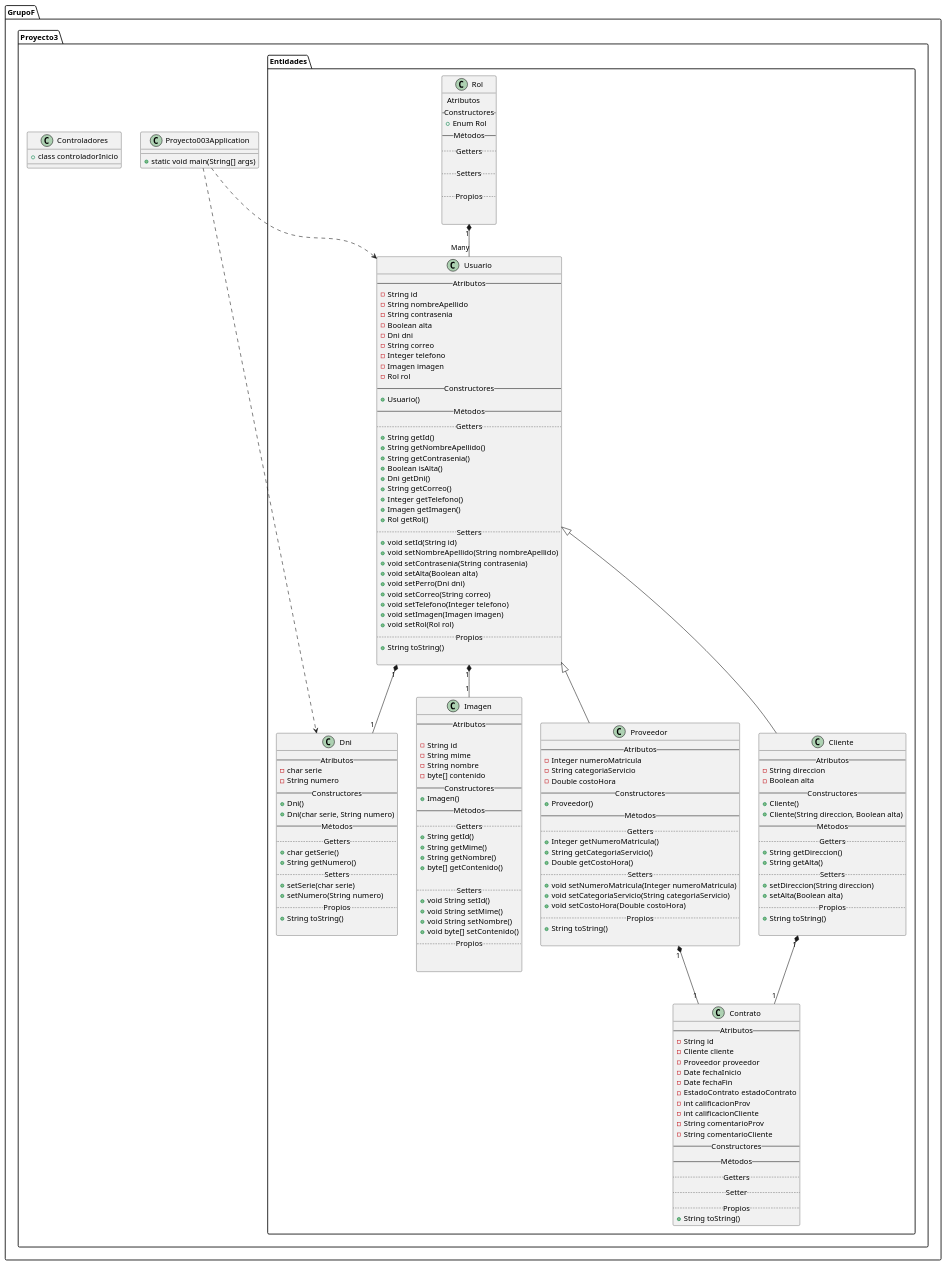
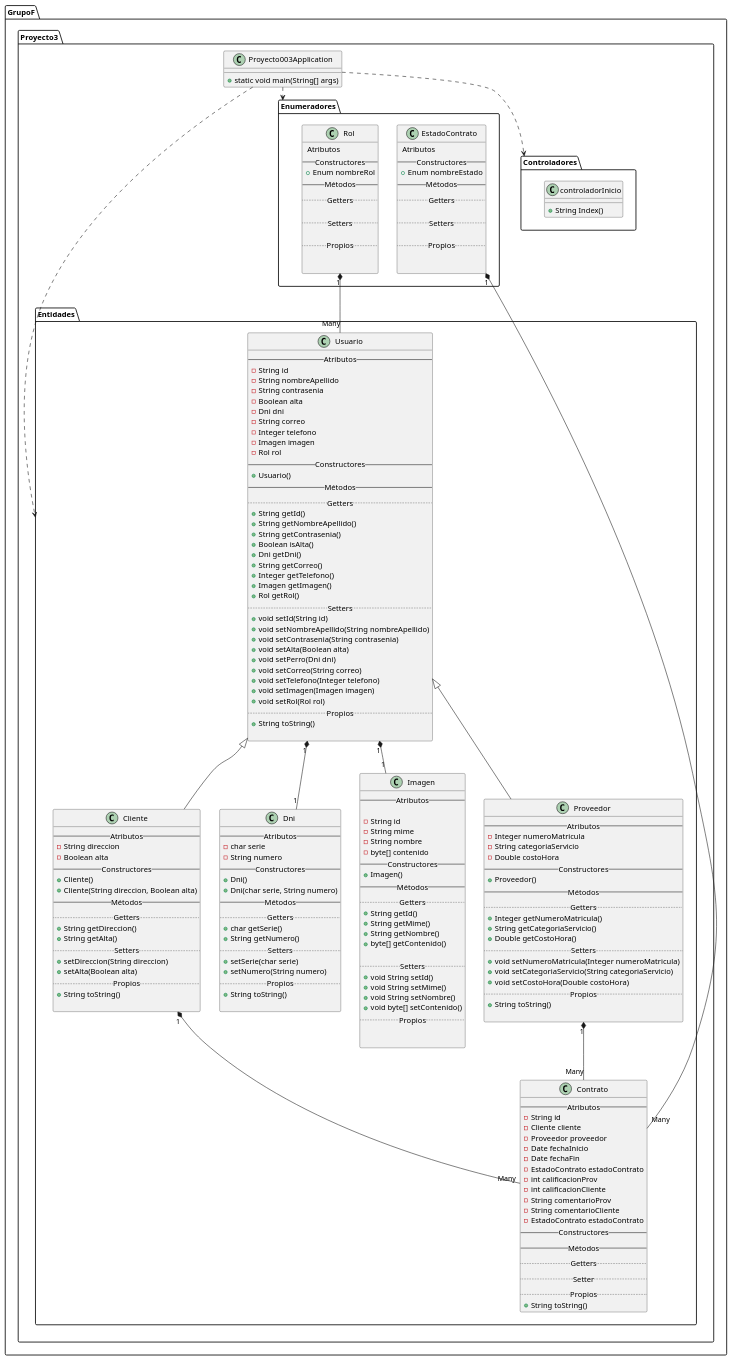
The diagram in uml.puml (FullStackEggDRoa/proyecto_003-GF), drawn with PlantUML before and after one commit.

Commit message:
Diagrama UML - OK_DR

```diff
--- a/uml.puml
+++ b/uml.puml
@@ -1,174 +1,192 @@
 @startuml
  
 class GrupoF.Proyecto3.Entidades.Cliente extends GrupoF.Proyecto3.Entidades.Usuario{
     -- Atributos --
     -String direccion
     -Boolean alta   
     -- Constructores --
     + Cliente()
     + Cliente(String direccion, Boolean alta)
     -- Métodos --
     .. Getters ..
     + String getDireccion()
     + String getAlta()
     .. Setters ..
     + setDireccion(String direccion)
     + setAlta(Boolean alta)
     .. Propios ..
     +String toString()
     
 }
 
 
 class GrupoF.Proyecto3.Entidades.Dni{
     -- Atributos --
     -char serie
     - String numero
     -- Constructores --
     + Dni()
     + Dni(char serie, String numero)
     -- Métodos --
     .. Getters ..
     + char getSerie()
     + String getNumero()
     .. Setters ..
     + setSerie(char serie)
     + setNumero(String numero)
     .. Propios ..
     +String toString()
     
 }
 
 class GrupoF.Proyecto3.Entidades.Imagen{
     -- Atributos --
     
     -String id
     -String mime
     -String nombre
     -byte[] contenido   
     -- Constructores --
     + Imagen()    
     -- Métodos --
     .. Getters ..
     + String getId()
     + String getMime()
     + String getNombre()
     + byte[] getContenido()
     
     .. Setters ..
     + void String setId()
     + void String setMime()
     + void String setNombre()
     + void byte[] setContenido()
     .. Propios ..
     
     
 }
-class GrupoF.Proyecto3.Entidades.Rol{
+class GrupoF.Proyecto3.Enumeradores.Rol{
     -- Atributos --     
     -- Constructores --
-    + Enum Rol    
+    + Enum nombreRol    
+    -- Métodos --
+    .. Getters ..
+    
+    .. Setters ..
+    
+    .. Propios ..
+    
+    
+}
+
+class GrupoF.Proyecto3.Enumeradores.EstadoContrato{
+    -- Atributos --     
+    -- Constructores --
+    + Enum nombreEstado    
     -- Métodos --
     .. Getters ..
     
     .. Setters ..
     
     .. Propios ..
     
     
 }
 
 class GrupoF.Proyecto3.Entidades.Contrato {
     -- Atributos --
     - String id
     - Cliente cliente
     - Proveedor proveedor
     - Date fechaInicio
     - Date fechaFin
     - EstadoContrato estadoContrato
     - int calificacionProv
     - int calificacionCliente
     - String comentarioProv
     - String comentarioCliente
+    - EstadoContrato estadoContrato
     -- Constructores --
     -- Métodos --
     .. Getters ..
     .. Setter ..
     .. Propios ..
     + String toString()
 }
 
 class GrupoF.Proyecto3.Entidades.Proveedor extends GrupoF.Proyecto3.Entidades.Usuario{
     -- Atributos --
     -Integer numeroMatricula
     -String categoriaServicio
     -Double costoHora
     -- Constructores --
     + Proveedor()    
     -- Métodos --
     .. Getters ..
     + Integer getNumeroMatricula()
     + String getCategoriaServicio()
     + Double getCostoHora()
     .. Setters ..
     + void setNumeroMatricula(Integer numeroMatricula)
     + void setCategoriaServicio(String categoriaServicio)
     + void setCostoHora(Double costoHora)
     .. Propios ..
     + String toString()
     
 }
 
 GrupoF.Proyecto3.Entidades.Usuario "1" *-- "1" GrupoF.Proyecto3.Entidades.Dni
-GrupoF.Proyecto3.Entidades.Rol "1" *-- "Many" GrupoF.Proyecto3.Entidades.Usuario
+GrupoF.Proyecto3.Enumeradores.Rol "1" *-- "Many" GrupoF.Proyecto3.Entidades.Usuario
+GrupoF.Proyecto3.Enumeradores.EstadoContrato "1" *-- "Many" GrupoF.Proyecto3.Entidades.Contrato
 GrupoF.Proyecto3.Entidades.Usuario "1" *-- "1" GrupoF.Proyecto3.Entidades.Imagen
-GrupoF.Proyecto3.Entidades.Cliente "1" *-- "1" GrupoF.Proyecto3.Entidades.Contrato
-GrupoF.Proyecto3.Entidades.Proveedor "1" *-- "1" GrupoF.Proyecto3.Entidades.Contrato
+GrupoF.Proyecto3.Entidades.Cliente "1" *-- "Many" GrupoF.Proyecto3.Entidades.Contrato
+GrupoF.Proyecto3.Entidades.Proveedor "1" *-- "Many" GrupoF.Proyecto3.Entidades.Contrato
 
 class GrupoF.Proyecto3.Entidades.Usuario{
     -- Atributos --
     -String id
     -String nombreApellido
     -String contrasenia
     -Boolean alta
     -Dni dni
     -String correo
     -Integer telefono
     -Imagen imagen
     -Rol rol
     -- Constructores --
     +Usuario()        
     -- Métodos --
     .. Getters ..
     +String getId()
     +String getNombreApellido()
     +String getContrasenia()
     +Boolean isAlta()
     +Dni getDni()
     +String getCorreo()
     +Integer getTelefono()
     +Imagen getImagen()
     +Rol getRol()
     .. Setters ..
     +void setId(String id)
     +void setNombreApellido(String nombreApellido)
     +void setContrasenia(String contrasenia)
     +void setAlta(Boolean alta)
     +void setPerro(Dni dni)
     +void setCorreo(String correo)
     +void setTelefono(Integer telefono)
     +void setImagen(Imagen imagen)
     +void setRol(Rol rol)
     .. Propios ..
     +String toString()
 
 }
 class GrupoF.Proyecto3.Proyecto003Application{
     +static void main(String[] args)
 }
-class GrupoF.Proyecto3.Controladores{
-    + class controladorInicio
+class GrupoF.Proyecto3.Controladores.controladorInicio{
+    +String Index()
 }
-GrupoF.Proyecto3.Proyecto003Application ..> GrupoF.Proyecto3.Entidades.Dni
-GrupoF.Proyecto3.Proyecto003Application ..> GrupoF.Proyecto3.Entidades.Usuario
+
+GrupoF.Proyecto3.Proyecto003Application ..> GrupoF.Proyecto3.Entidades
+GrupoF.Proyecto3.Proyecto003Application ..> GrupoF.Proyecto3.Controladores
+GrupoF.Proyecto3.Proyecto003Application ..> GrupoF.Proyecto3.Enumeradores
 @enduml 
```
